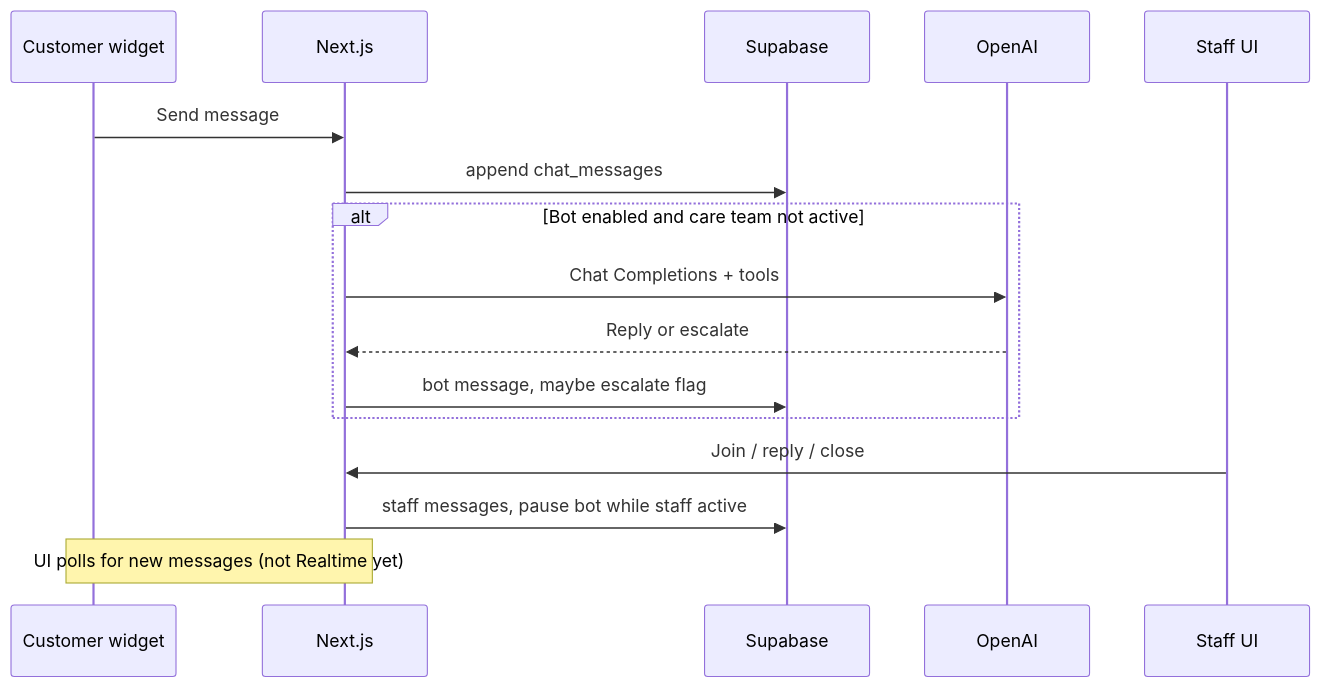
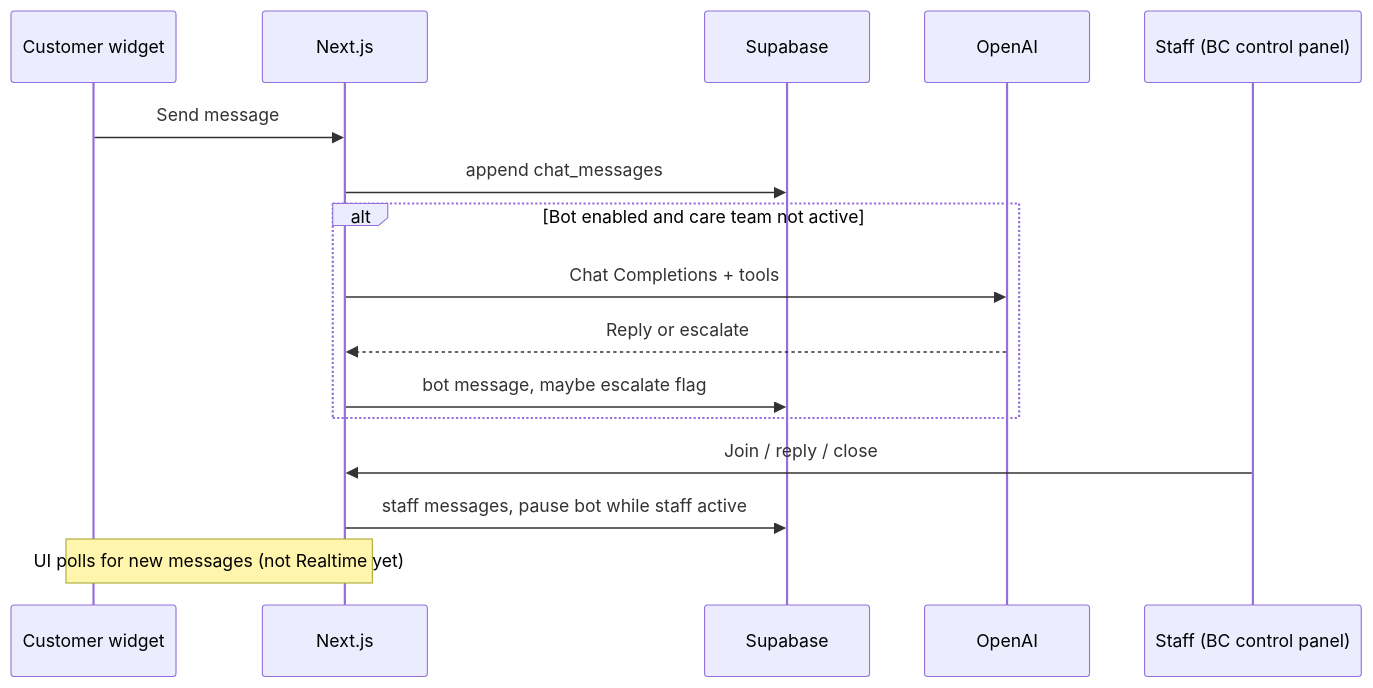
Before and after one commit to lolo19950603/liivv-test-catalyst-app: the fourth of 5 diagrams in docs/Liivv-Architecture-Deep-Dive.md, drawn with Mermaid. The commit also changed other lines of this file and 3 other files, not shown here.

Commit message:
Show staff as one /bc-app box in the architecture diagrams.

````diff
--- a/docs/Liivv-Architecture-Deep-Dive.md
+++ b/docs/Liivv-Architecture-Deep-Dive.md
@@ -171,19 +169,19 @@
 ```mermaid
 sequenceDiagram
   participant U as Customer widget
   participant N as Next.js
   participant SB as Supabase
   participant AI as OpenAI
-  participant Staff as Staff UI
+  participant Staff as Staff (BC control panel)
 
   U->>N: Send message
   N->>SB: append chat_messages
   alt Bot enabled and care team not active
     N->>AI: Chat Completions + tools
     AI-->>N: Reply or escalate
     N->>SB: bot message, maybe escalate flag
   end
   Staff->>N: Join / reply / close
   N->>SB: staff messages, pause bot while staff active
   Note over U,N: UI polls for new messages (not Realtime yet)
 ```
````
